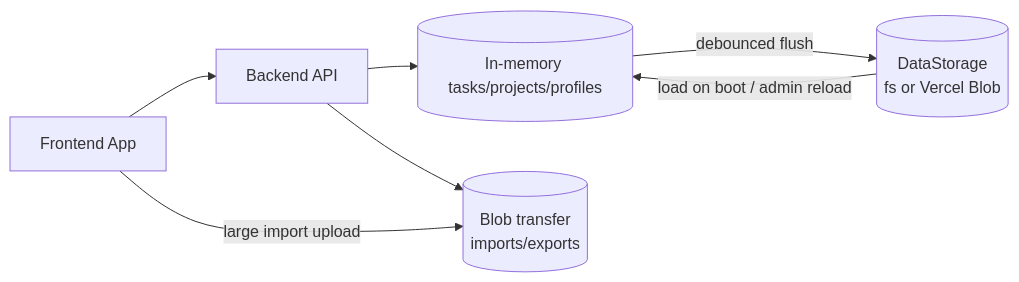
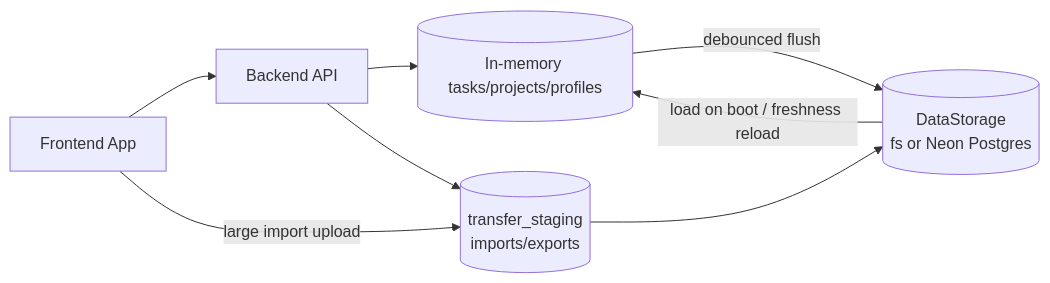
Before and after one commit to RifqiMT/focista-schedulo: the first of 2 diagrams in docs/ARCHITECTURE.md, drawn with Mermaid. The commit also changed other lines of this file and 49 other files, not shown here.

First line of the commit message:
feat: migrate production persistence from Vercel Blob to Neon Postgres

````diff
--- a/docs/ARCHITECTURE.md
+++ b/docs/ARCHITECTURE.md
@@ -32,15 +32,16 @@
 ```mermaid
 flowchart LR
   UI[Frontend App]
   API[Backend API]
   Mem[(In-memory tasks/projects/profiles)]
-  Store[(DataStorage<br/>fs or Vercel Blob)]
-  Xfer[(Blob transfer<br/>imports/exports)]
+  Store[(DataStorage<br/>fs or Neon Postgres)]
+  Xfer[(transfer_staging<br/>imports/exports)]
 
   UI --> API
   UI -->|large import upload| Xfer
   API --> Mem
   Mem -->|debounced flush| Store
-  Store -->|load on boot / admin reload| Mem
+  Store -->|load on boot / freshness reload| Mem
   API --> Xfer
+  Xfer --> Store
 ```
````
